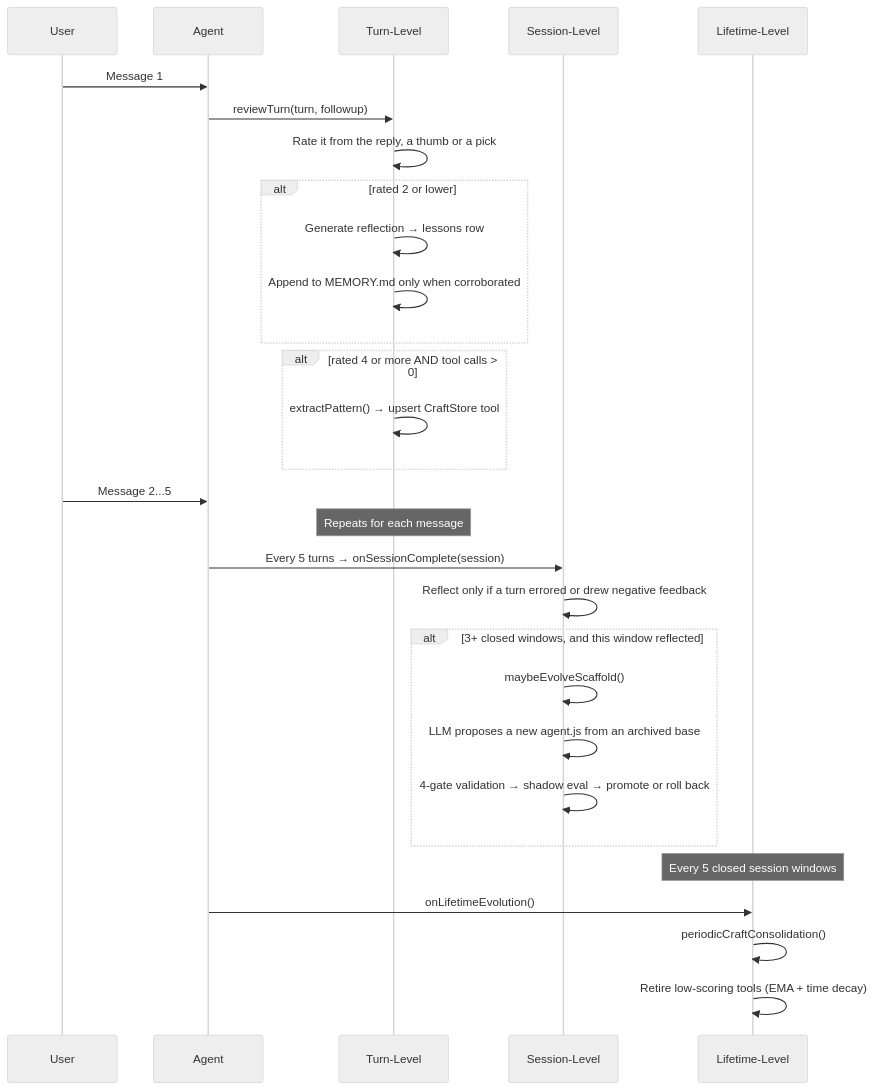
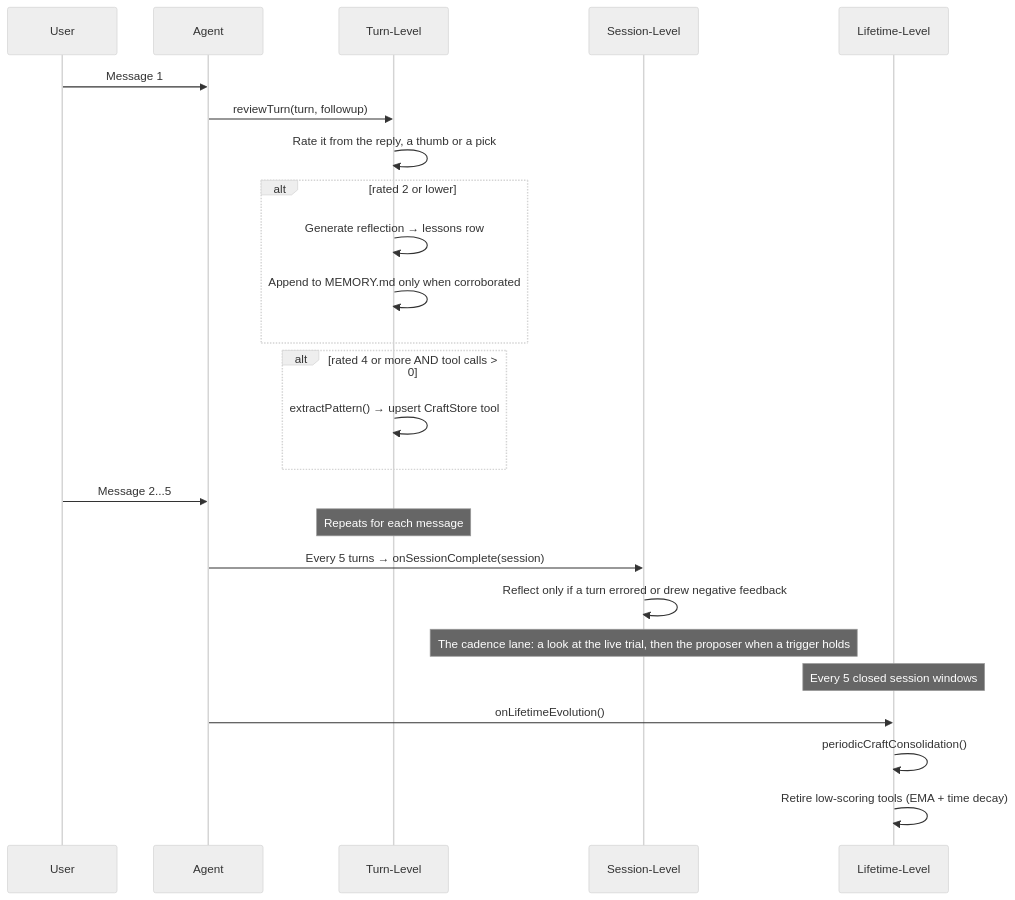
Before and after one commit to AshishKumar4/kinu: the first of 2 diagrams in docs/EVOLUTION.md, drawn with Mermaid (neutral theme). The commit also changed other lines of this file and 148 other files, not shown here.

First line of the commit message:
feat(evolution): one proposer judged on recorded turns, kept by live trials

````diff
--- a/docs/EVOLUTION.md
+++ b/docs/EVOLUTION.md
@@ -33,35 +33,31 @@
 ```mermaid
 sequenceDiagram
     participant User
     participant Agent
     participant Turn as Turn-Level
     participant Session as Session-Level
     participant Lifetime as Lifetime-Level
 
     User->>Agent: Message 1
     Agent->>Turn: reviewTurn(turn, followup)
     Turn->>Turn: Rate it from the reply, a thumb or a pick
     alt rated 2 or lower
         Turn->>Turn: Generate reflection → lessons row
         Turn->>Turn: Append to MEMORY.md only when corroborated
     end
     alt rated 4 or more AND tool calls > 0
         Turn->>Turn: extractPattern() → upsert CraftStore tool
     end
 
     User->>Agent: Message 2...5
     Note over Turn: Repeats for each message
 
     Agent->>Session: Every 5 turns → onSessionComplete(session)
     Session->>Session: Reflect only if a turn errored or drew negative feedback
-    alt 3+ closed windows, and this window reflected
-        Session->>Session: maybeEvolveScaffold()
-        Session->>Session: LLM proposes a new agent.js from an archived base
-        Session->>Session: 4-gate validation → shadow eval → promote or roll back
-    end
+    Note over Session: The cadence lane: a look at the live trial, then the proposer when a trigger holds
 
     Note over Lifetime: Every 5 closed session windows
     Agent->>Lifetime: onLifetimeEvolution()
     Lifetime->>Lifetime: periodicCraftConsolidation()
     Lifetime->>Lifetime: Retire low-scoring tools (EMA + time decay)
 ```
````
